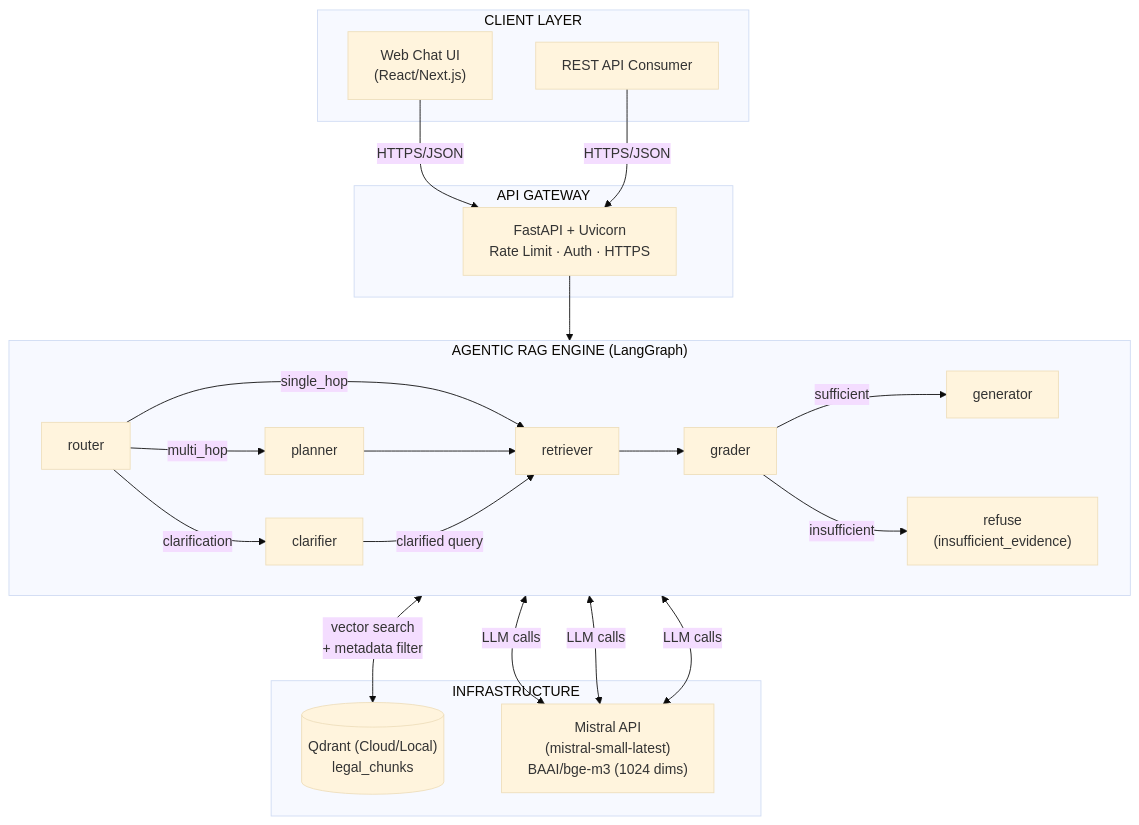
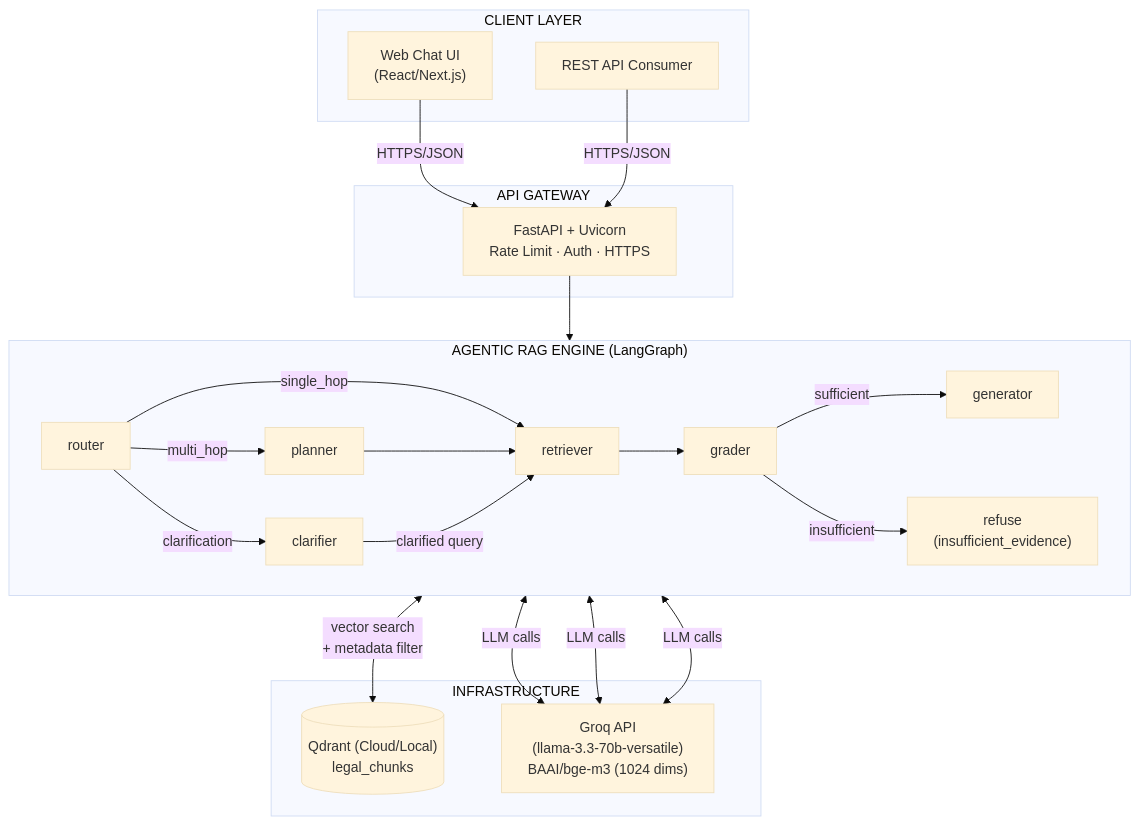
The first of 4 diagrams in docs/PRD.md (dovh25/agentic-rag-legal-qa-hanoi), drawn with Mermaid (base theme) before and after one commit. The commit also changed other lines of this file and 14 other files, not shown here.

Commit message:
feat: switch llm provider to groq

````diff
--- a/docs/PRD.md
+++ b/docs/PRD.md
@@ -309,40 +309,40 @@
 ```mermaid
 graph TB
     subgraph CLIENT["CLIENT LAYER"]
         UI["Web Chat UI\n(React/Next.js)"]
         API_C["REST API Consumer"]
     end
 
     subgraph GW["API GATEWAY"]
         FA["FastAPI + Uvicorn\nRate Limit · Auth · HTTPS"]
     end
 
     subgraph ENGINE["AGENTIC RAG ENGINE (LangGraph)"]
         direction LR
         ROUTER["router"]
         PLANNER["planner"]
         RETRIEVER["retriever"]
         GRADER["grader"]
         GENERATOR["generator"]
         CLARIFIER["clarifier"]
 
         ROUTER -->|multi_hop| PLANNER
         ROUTER -->|single_hop| RETRIEVER
         ROUTER -->|clarification| CLARIFIER
         PLANNER --> RETRIEVER
         RETRIEVER --> GRADER
         GRADER -->|sufficient| GENERATOR
         GRADER -->|insufficient| REFUSE["refuse\n(insufficient_evidence)"]
         CLARIFIER -->|clarified query| RETRIEVER
     end
 
     subgraph INFRA["INFRASTRUCTURE"]
         QDRANT[("Qdrant (Cloud/Local)\nlegal_chunks")]
-        LLM["Mistral API\n(mistral-small-latest)\nBAAI/bge-m3 (1024 dims)"]
+        LLM["Groq API\n(llama-3.3-70b-versatile)\nBAAI/bge-m3 (1024 dims)"]
     end
 
     UI & API_C -->|HTTPS/JSON| FA
     FA --> ENGINE
     RETRIEVER <-->|vector search\n+ metadata filter| QDRANT
     ROUTER & PLANNER & GENERATOR <-->|LLM calls| LLM
 ```
````
